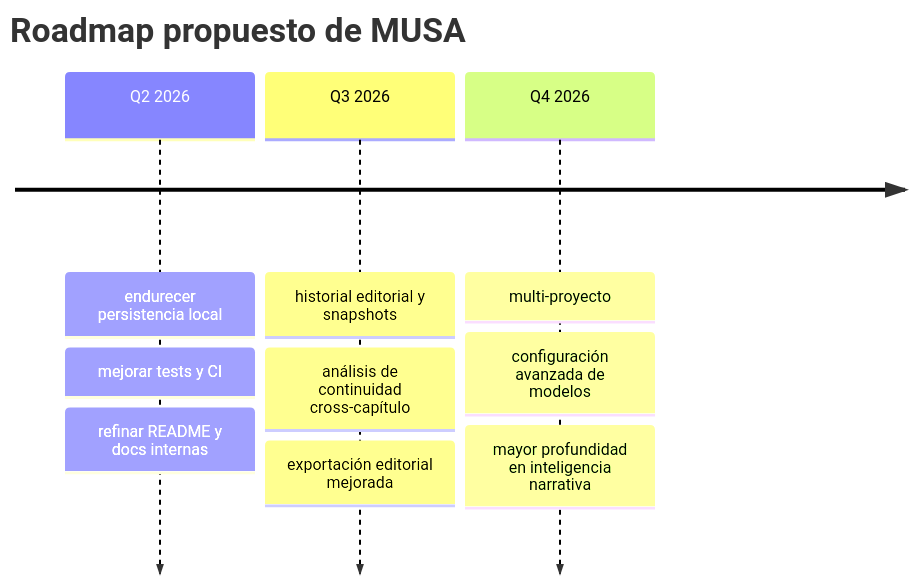
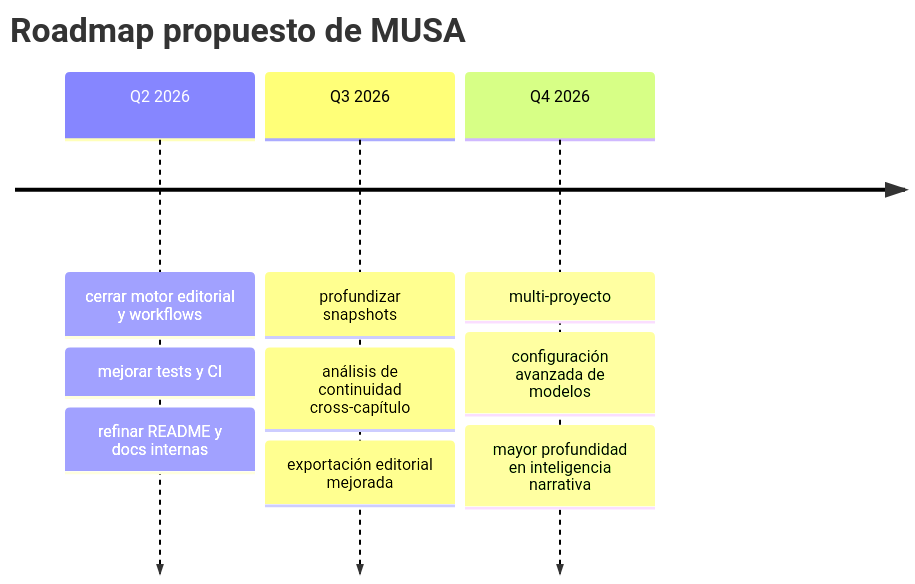
Before and after one commit to Pacovalgor/MUSA: the third of 3 diagrams in README.md, drawn with Mermaid. The commit also changed other lines of this file and 67 other files, not shown here.

````diff
--- a/README.md
+++ b/README.md
@@ -363,13 +430,13 @@
 ```mermaid
 timeline
     title Roadmap propuesto de MUSA
-    Q2 2026 : endurecer persistencia local
+    Q2 2026 : cerrar motor editorial y workflows
             : mejorar tests y CI
             : refinar README y docs internas
-    Q3 2026 : historial editorial y snapshots
+    Q3 2026 : profundizar snapshots
             : análisis de continuidad cross-capítulo
             : exportación editorial mejorada
     Q4 2026 : multi-proyecto
             : configuración avanzada de modelos
             : mayor profundidad en inteligencia narrativa
 ```
````
